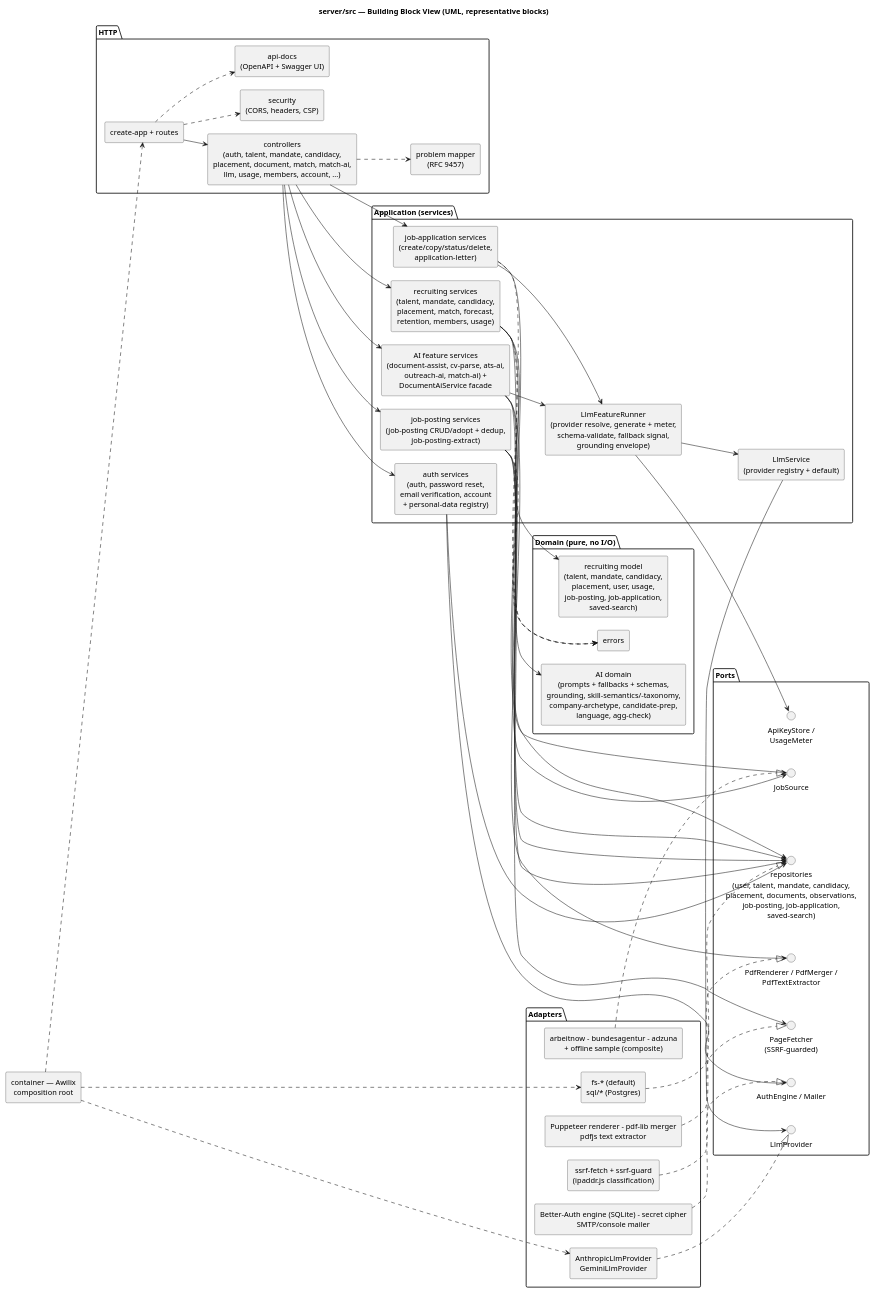
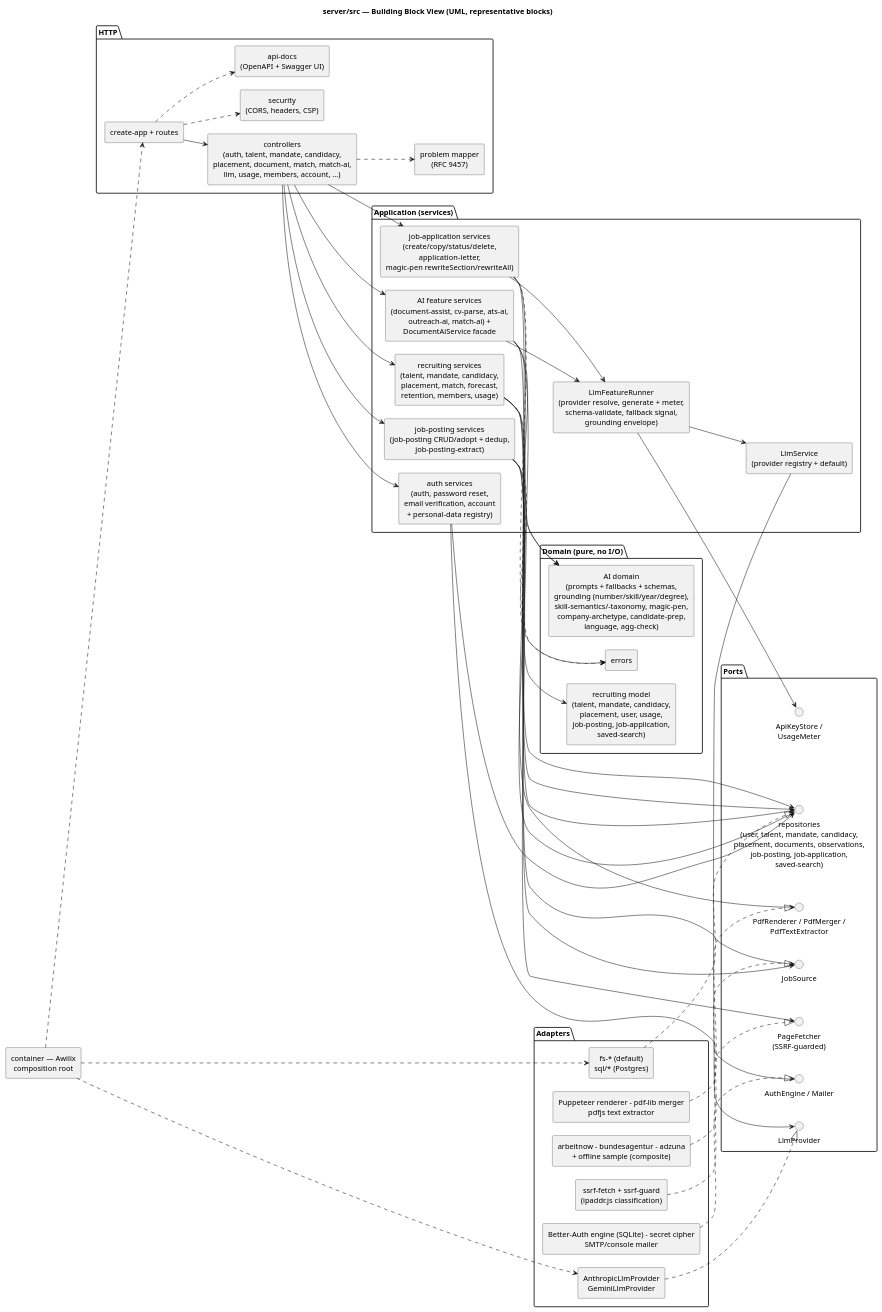
The diagram in docs/umls/05_building_blocks.puml (NexusHero/Resume), drawn with PlantUML before and after one commit. The commit also changed 41 other files, not shown here.

```diff
--- a/docs/umls/05_building_blocks.puml
+++ b/docs/umls/05_building_blocks.puml
@@ -1,97 +1,98 @@
 @startuml 05_building_blocks
 title server/src — Building Block View (UML, representative blocks)
 
 skinparam shadowing false
 skinparam componentStyle rectangle
 skinparam defaultTextAlignment center
 skinparam nodesep 25
 skinparam ranksep 45
 left to right direction
 
 package "HTTP" {
   [create-app + routes] as App
   [controllers\n(auth, talent, mandate, candidacy,\nplacement, document, match, match-ai,\nllm, usage, members, account, ...)] as Ctrl
   [problem mapper\n(RFC 9457)] as Problem
   [security\n(CORS, headers, CSP)] as Security
   [api-docs\n(OpenAPI + Swagger UI)] as Docs
 }
 
 package "Application (services)" {
   [LlmFeatureRunner\n(provider resolve, generate + meter,\nschema-validate, fallback signal,\ngrounding envelope)] as Runner
   [AI feature services\n(document-assist, cv-parse, ats-ai,\noutreach-ai, match-ai) +\nDocumentAiService facade] as AiSvc
   [recruiting services\n(talent, mandate, candidacy,\nplacement, match, forecast,\nretention, members, usage)] as RecSvc
   [job-posting services\n(job-posting CRUD/adopt + dedup,\njob-posting-extract)] as JobPostingSvc
-  [job-application services\n(create/copy/status/delete,\napplication-letter)] as JobAppSvc
+  [job-application services\n(create/copy/status/delete,\napplication-letter,\nmagic-pen rewriteSection/rewriteAll)] as JobAppSvc
   [auth services\n(auth, password reset,\nemail verification, account\n+ personal-data registry)] as AuthSvc
   [LlmService\n(provider registry + default)] as LlmSvc
 }
 
 package "Domain (pure, no I/O)" {
   [recruiting model\n(talent, mandate, candidacy,\nplacement, user, usage,\njob-posting, job-application,\nsaved-search)] as Model
-  [AI domain\n(prompts + fallbacks + schemas,\ngrounding, skill-semantics/-taxonomy,\ncompany-archetype, candidate-prep,\nlanguage, agg-check)] as AiDomain
+  [AI domain\n(prompts + fallbacks + schemas,\ngrounding (number/skill/year/degree),\nskill-semantics/-taxonomy, magic-pen,\ncompany-archetype, candidate-prep,\nlanguage, agg-check)] as AiDomain
   [errors] as DomainErrors
 }
 
 package "Ports" {
   interface "repositories\n(user, talent, mandate, candidacy,\nplacement, documents, observations,\njob-posting, job-application,\nsaved-search)" as Repos
   interface LlmProvider
   interface "ApiKeyStore /\nUsageMeter" as Keys
   interface "AuthEngine / Mailer" as AuthPorts
   interface "PdfRenderer / PdfMerger /\nPdfTextExtractor" as PdfPorts
   interface JobSource
   interface "PageFetcher\n(SSRF-guarded)" as PageFetcher
 }
 
 package "Adapters" {
   [fs-* (default)\nsql/* (Postgres)] as StoreAdapters
   [AnthropicLlmProvider\nGeminiLlmProvider] as LlmAdapters
   [Better-Auth engine (SQLite) - secret cipher\nSMTP/console mailer] as AuthAdapters
   [Puppeteer renderer - pdf-lib merger\npdfjs text extractor] as PdfAdapters
   [arbeitnow - bundesagentur - adzuna\n+ offline sample (composite)] as JobAdapters
   [ssrf-fetch + ssrf-guard\n(ipaddr.js classification)] as SsrfAdapter
 }
 
 [container — Awilix\ncomposition root] as Container
 
 App --> Ctrl
 App ..> Security
 App ..> Docs
 Ctrl ..> Problem
 Ctrl --> AiSvc
 Ctrl --> RecSvc
 Ctrl --> AuthSvc
 Ctrl --> JobPostingSvc
 Ctrl --> JobAppSvc
 AiSvc --> Runner
 Runner --> LlmSvc
 Runner --> Keys
 AiSvc --> AiDomain
 RecSvc --> Model
 AuthSvc --> AuthPorts
 AiSvc --> Repos
 RecSvc --> Repos
 AuthSvc --> Repos
 JobPostingSvc --> Repos
 JobPostingSvc --> JobSource
 JobPostingSvc --> PageFetcher
 JobAppSvc --> Repos
 JobAppSvc --> Runner
+JobAppSvc --> AiDomain
 RecSvc ..> DomainErrors
 JobPostingSvc ..> DomainErrors
 JobAppSvc ..> DomainErrors
 AiSvc --> PdfPorts
 RecSvc --> JobSource
 LlmSvc --> LlmProvider
 
 StoreAdapters ..|> Repos
 LlmAdapters ..|> LlmProvider
 AuthAdapters ..|> AuthPorts
 PdfAdapters ..|> PdfPorts
 JobAdapters ..|> JobSource
 SsrfAdapter ..|> PageFetcher
 
 Container ..> StoreAdapters
 Container ..> LlmAdapters
 Container ..> App
 
 @enduml
```
